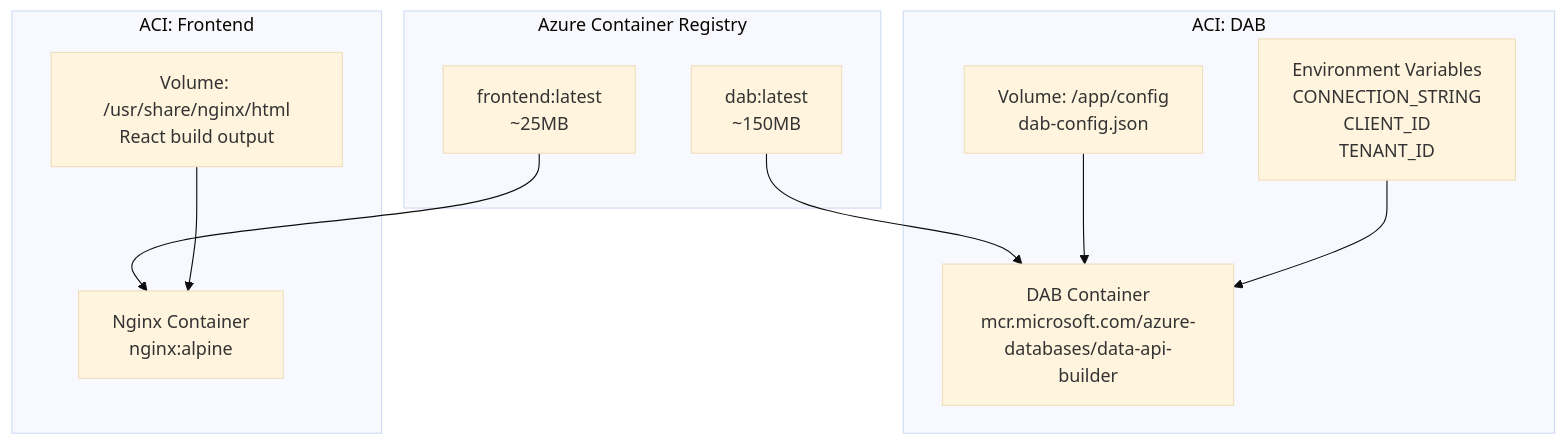
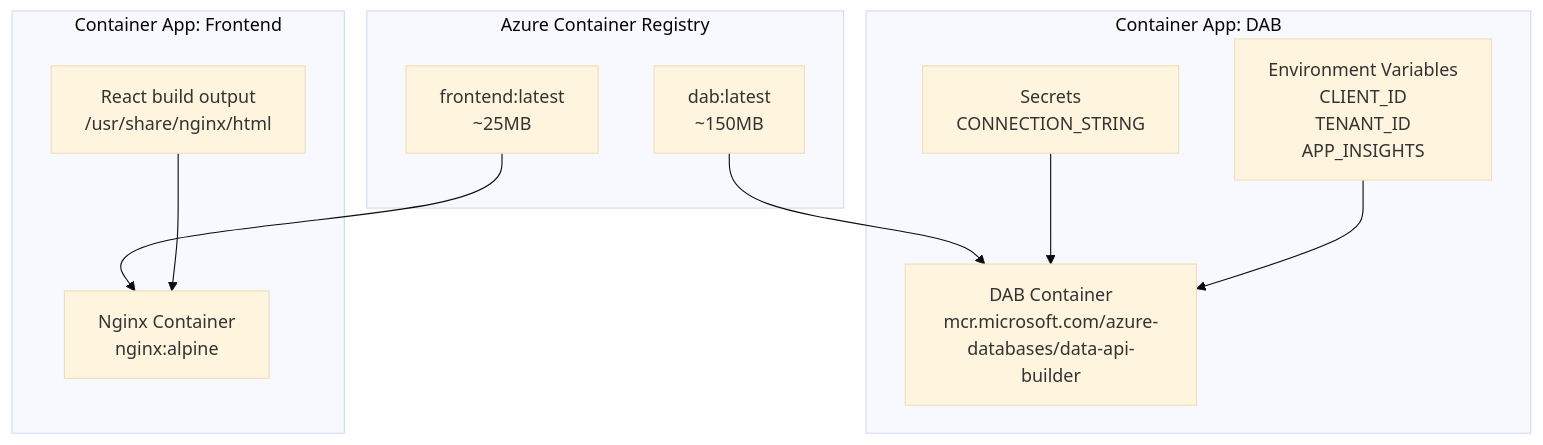
One commit to fgarofalo56/azure-dab-fullstack-demo changed diagram 11 of 13 in docs/architecture.md. Above: the diagram before and after it, drawn with Mermaid (base theme). The commit also changed other lines of this file and 40 other files, not shown here.

````diff
--- a/docs/architecture.md
+++ b/docs/architecture.md
@@ -552,24 +559,24 @@
 ```mermaid
 graph TB
     subgraph ACR["Azure Container Registry"]
         DABImage["dab:latest<br/>~150MB"]
         FrontendImage["frontend:latest<br/>~25MB"]
     end
 
-    subgraph ACIDAB["ACI: DAB"]
+    subgraph CADAB["Container App: DAB"]
         DABContainer["DAB Container<br/>mcr.microsoft.com/azure-databases/data-api-builder"]
-        DABConfig["Volume: /app/config<br/>dab-config.json"]
-        DABEnv["Environment Variables<br/>CONNECTION_STRING<br/>CLIENT_ID<br/>TENANT_ID"]
+        DABSecrets["Secrets<br/>CONNECTION_STRING"]
+        DABEnv["Environment Variables<br/>CLIENT_ID<br/>TENANT_ID<br/>APP_INSIGHTS"]
     end
 
-    subgraph ACIFrontend["ACI: Frontend"]
+    subgraph CAFrontend["Container App: Frontend"]
         NginxContainer["Nginx Container<br/>nginx:alpine"]
-        StaticFiles["Volume: /usr/share/nginx/html<br/>React build output"]
+        StaticFiles["React build output<br/>/usr/share/nginx/html"]
     end
 
     DABImage --> DABContainer
     FrontendImage --> NginxContainer
-    DABConfig --> DABContainer
+    DABSecrets --> DABContainer
     DABEnv --> DABContainer
     StaticFiles --> NginxContainer
 ```
````
